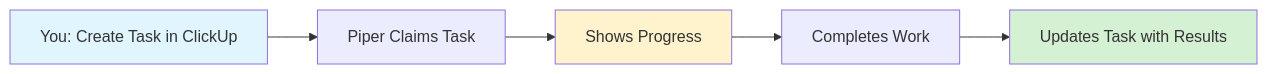
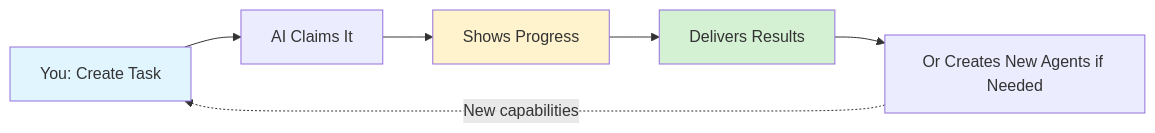
Before and after one commit to TechNickAI/100x: the second of 3 diagrams in README.md, drawn with Mermaid. The commit also changed other lines of this file, not shown here.

````diff
--- a/README.md
+++ b/README.md
@@ -75,10 +73,11 @@
 ```mermaid
 graph LR
-    A[You: Create Task in ClickUp] --> B[Piper Claims Task]
+    A[You: Create Task] --> B[AI Claims It]
     B --> C[Shows Progress]
-    C --> D[Completes Work]
-    D --> E[Updates Task with Results]
+    C --> D[Delivers Results]
+    D --> E[Or Creates New Agents if Needed]
+    E -.New capabilities.-> A
     style A fill:#e1f5ff
     style C fill:#fff3cd
-    style E fill:#d4f1d4
+    style D fill:#d4f1d4
 ```
````
